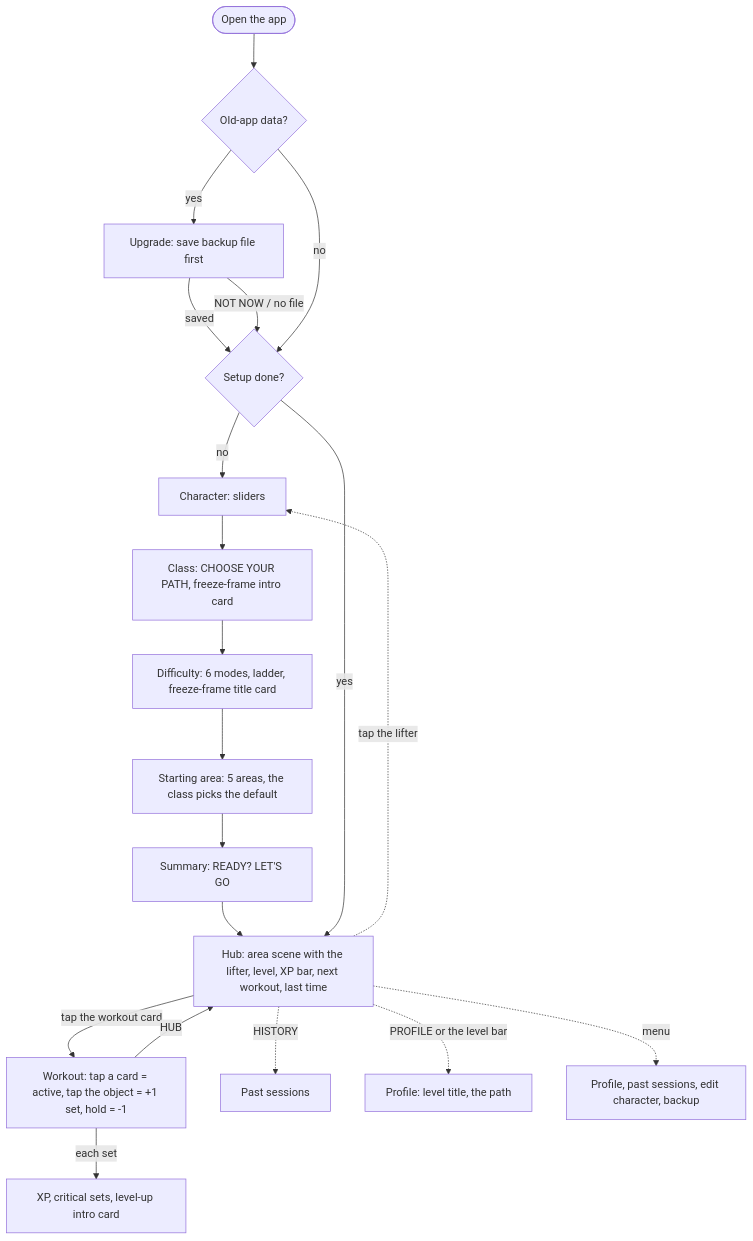
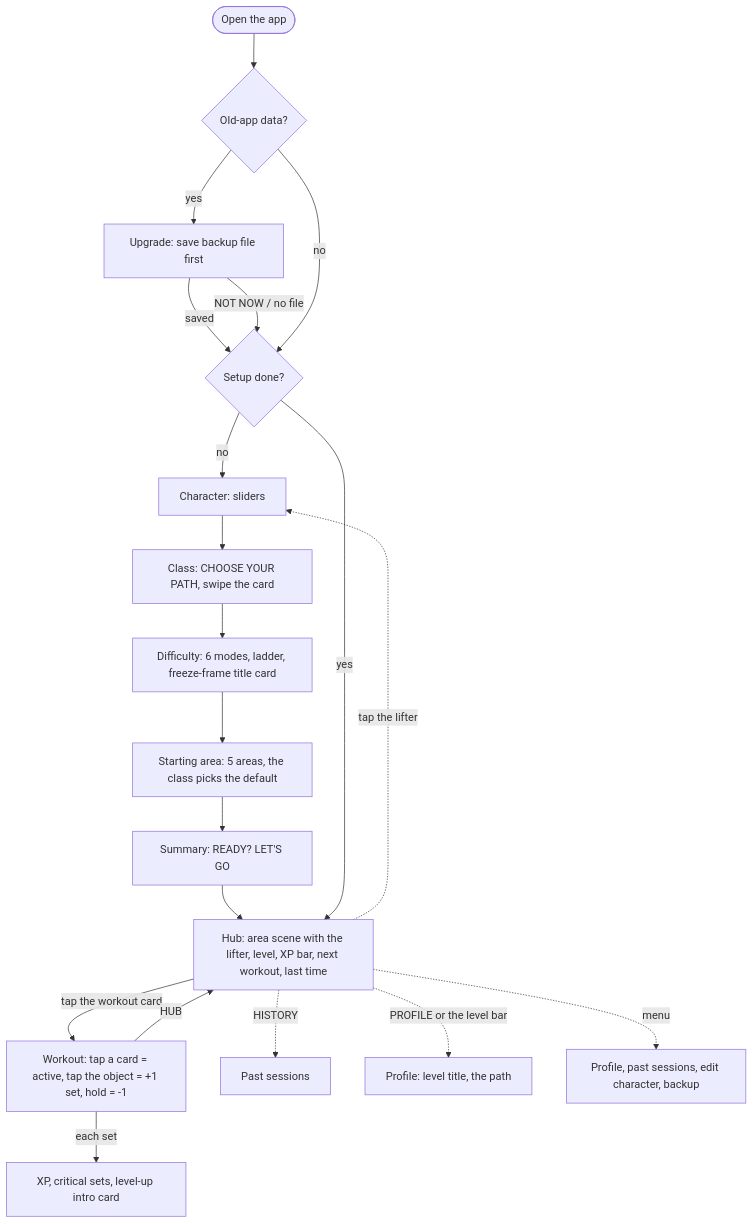
One commit to alex-antohi/pumplex changed the diagram in docs/app-flow.md. Above: the diagram before and after it, drawn with Mermaid. The commit also changed other lines of this file and 6 other files, not shown here.

First line of the commit message:
Class select: swipe carousel with one big card, no intro card (D46)

````diff
--- a/docs/app-flow.md
+++ b/docs/app-flow.md
@@ -25,24 +25,24 @@
 ```mermaid
 flowchart TD
     launch([Open the app]) --> old{Old-app data?}
     old -- yes --> migrate[Upgrade: save backup file first]
     migrate -- saved --> setupDone
     migrate -- NOT NOW / no file --> setupDone
     old -- no --> setupDone{Setup done?}
     setupDone -- no --> char[Character: sliders]
-    char --> cls[Class: CHOOSE YOUR PATH, freeze-frame intro card]
+    char --> cls[Class: CHOOSE YOUR PATH, swipe the card]
     cls --> diff[Difficulty: 6 modes, ladder, freeze-frame title card]
     diff --> area[Starting area: 5 areas, the class picks the default]
     area --> summary[Summary: READY? LET'S GO]
     summary --> hub
     setupDone -- yes --> hub[Hub: area scene with the lifter, level, XP bar, next workout, last time]
 
     hub -- tap the workout card --> work[Workout: tap a card = active, tap the object = +1 set, hold = -1]
     work -- each set --> xp[XP, critical sets, level-up intro card]
     work -- HUB --> hub
 
     hub -. HISTORY .-> history[Past sessions]
     hub -. PROFILE or the level bar .-> profile[Profile: level title, the path]
     hub -. tap the lifter .-> char
     hub -. menu .-> menu[Profile, past sessions, edit character, backup]
 ```
````
